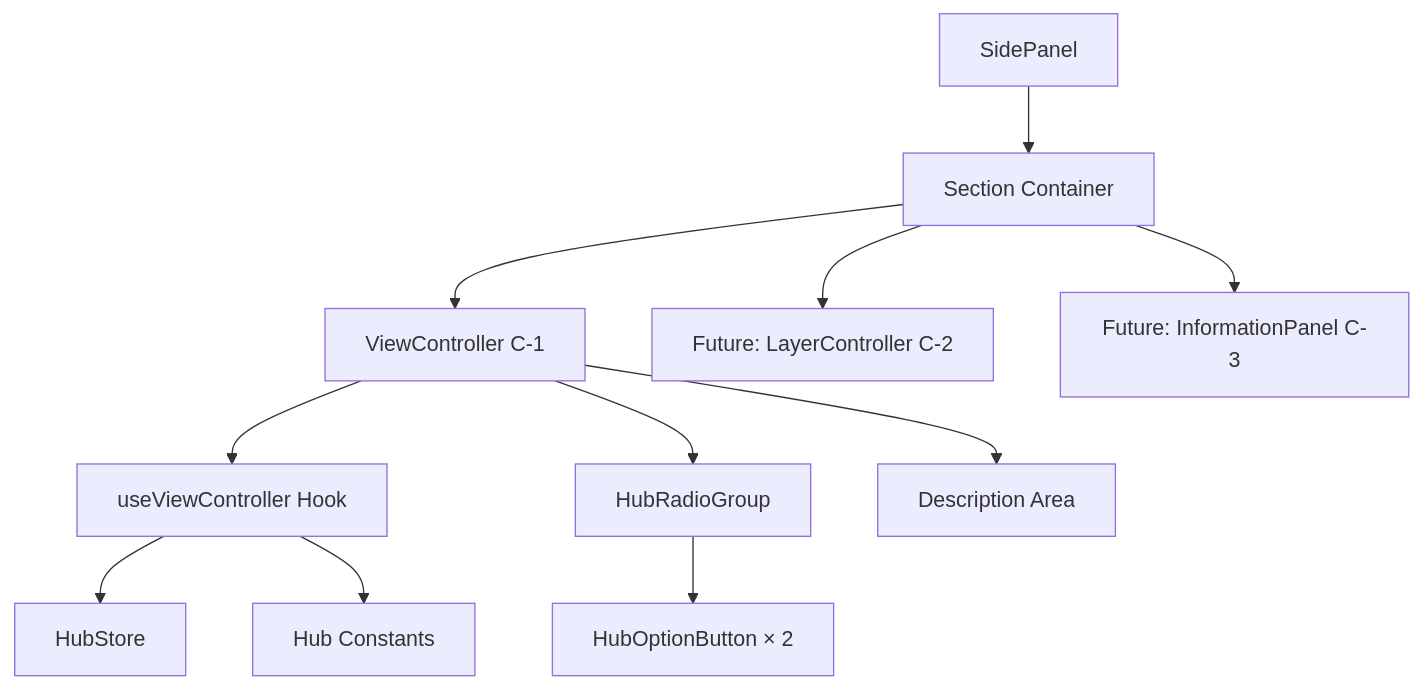
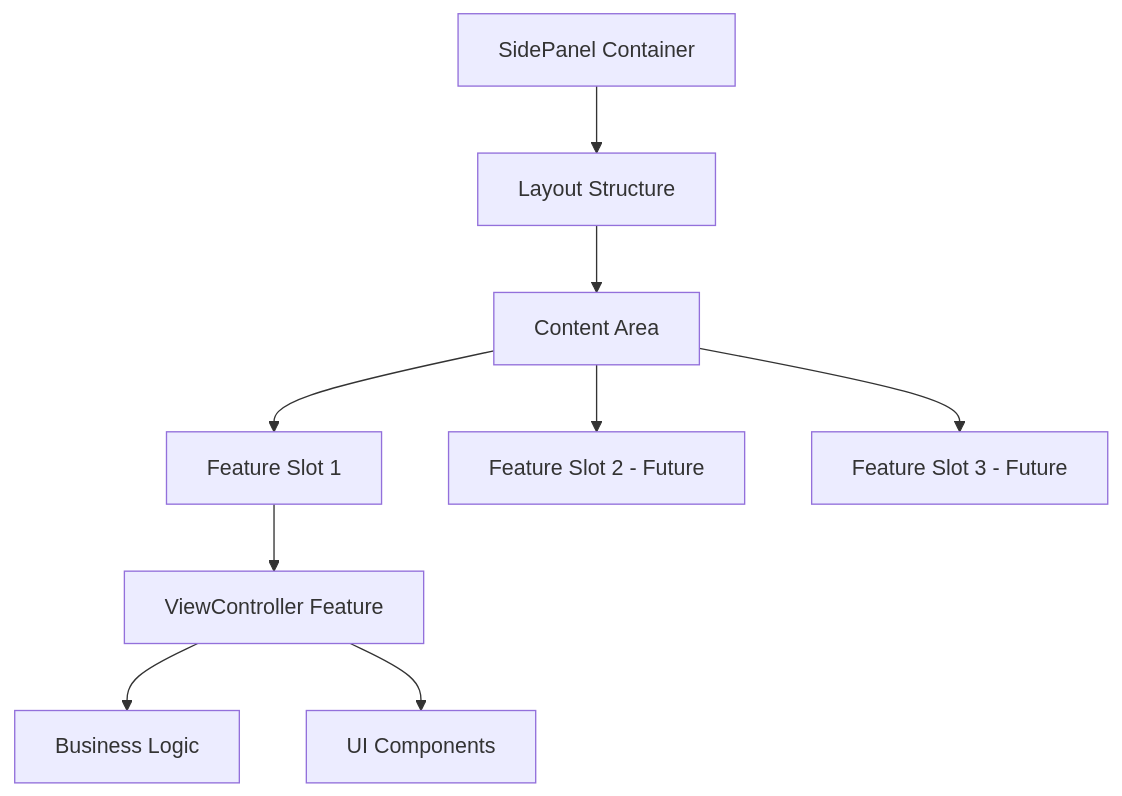
Before and after one commit to endo-ava/music-theory-app: the first of 2 diagrams in src/components/layouts/SidePanel/README.md, drawn with Mermaid. The commit also changed other lines of this file and 1 other file, not shown here.

````diff
--- a/src/components/layouts/SidePanel/README.md
+++ b/src/components/layouts/SidePanel/README.md
@@ -50,13 +45,11 @@
 ```mermaid
 graph TD
-    A[SidePanel] --> B[Section Container]
-    B --> C[ViewController C-1]
-    B --> D[Future: LayerController C-2]
-    B --> E[Future: InformationPanel C-3]
-    C --> F[useViewController Hook]
-    C --> G[HubRadioGroup]
-    C --> H[Description Area]
-    G --> I[HubOptionButton × 2]
-    F --> J[HubStore]
-    F --> K[Hub Constants]
+    A[SidePanel Container] --> B[Layout Structure]
+    B --> C[Content Area]
+    C --> D[Feature Slot 1]
+    C --> E[Feature Slot 2 - Future]
+    C --> F[Feature Slot 3 - Future]
+    D --> G[ViewController Feature]
+    G --> H[Business Logic]
+    G --> I[UI Components]
 ```
````
